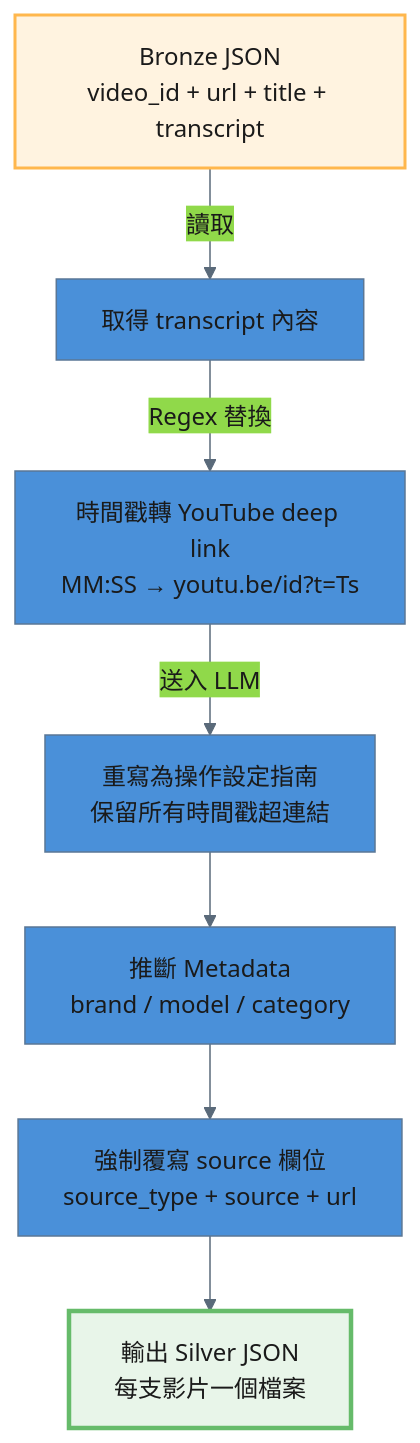
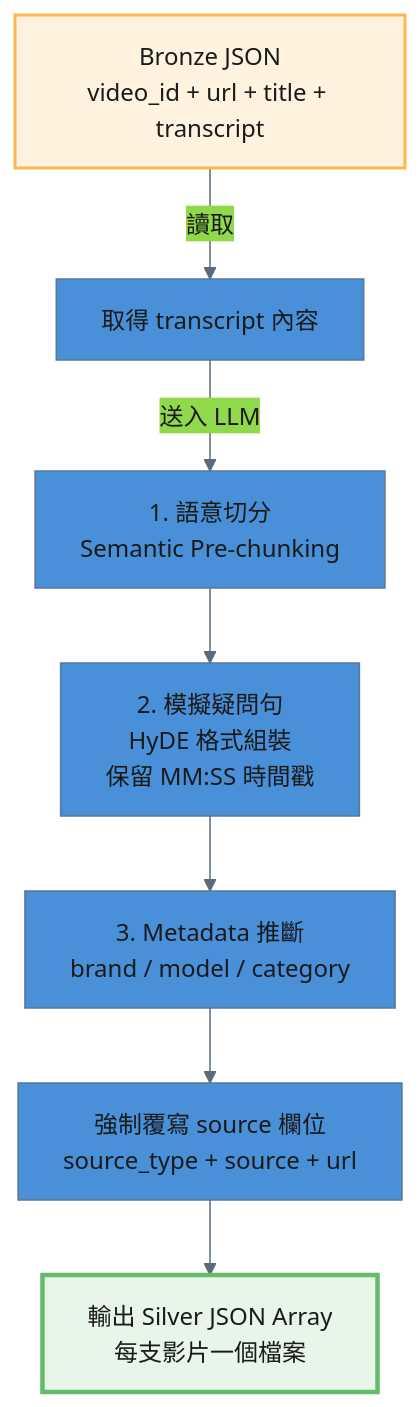
Before and after one commit to Imding1211/lock_AI_data: the third of 4 diagrams in docs/manuals/YouTube處理流程.md, drawn with Mermaid. The commit also changed other lines of this file and 62 other files, not shown here.

First line of the commit message:
docs: update all manuals to reflect semantic pre-chunking, HyDE, and small-to-big retrieval architecture

````diff
--- a/docs/manuals/YouTube處理流程.md
+++ b/docs/manuals/YouTube處理流程.md
@@ -212,21 +209,21 @@
 ```mermaid
 ---
 config:
   layout: dagre
   theme: base
   themeVariables:
     primaryColor: '#4A90D9'
     primaryTextColor: '#1a1a1a'
     lineColor: '#5A6A7A'
 ---
 graph TD
     A[Bronze JSON<br/>video_id + url + title + transcript] -->|讀取| B[取得 transcript 內容]
-    B -->|Regex 替換| C[時間戳轉 YouTube deep link<br/>MM:SS → youtu.be/id?t=Ts]
-    C -->|送入 LLM| D[重寫為操作設定指南<br/>保留所有時間戳超連結]
-    D --> E[推斷 Metadata<br/>brand / model / category]
+    B -->|送入 LLM| C[1. 語意切分<br/>Semantic Pre-chunking]
+    C --> D[2. 模擬疑問句<br/>HyDE 格式組裝<br/>保留 MM:SS 時間戳]
+    D --> E[3. Metadata 推斷<br/>brand / model / category]
     E --> F[強制覆寫 source 欄位<br/>source_type + source + url]
-    F --> G[輸出 Silver JSON<br/>每支影片一個檔案]
+    F --> G[輸出 Silver JSON Array<br/>每支影片一個檔案]
 
     style A fill:#FFF3E0,stroke:#FFB74D,stroke-width:2px
     style G fill:#E8F5E9,stroke:#66BB6A,stroke-width:3px
 ```
````
